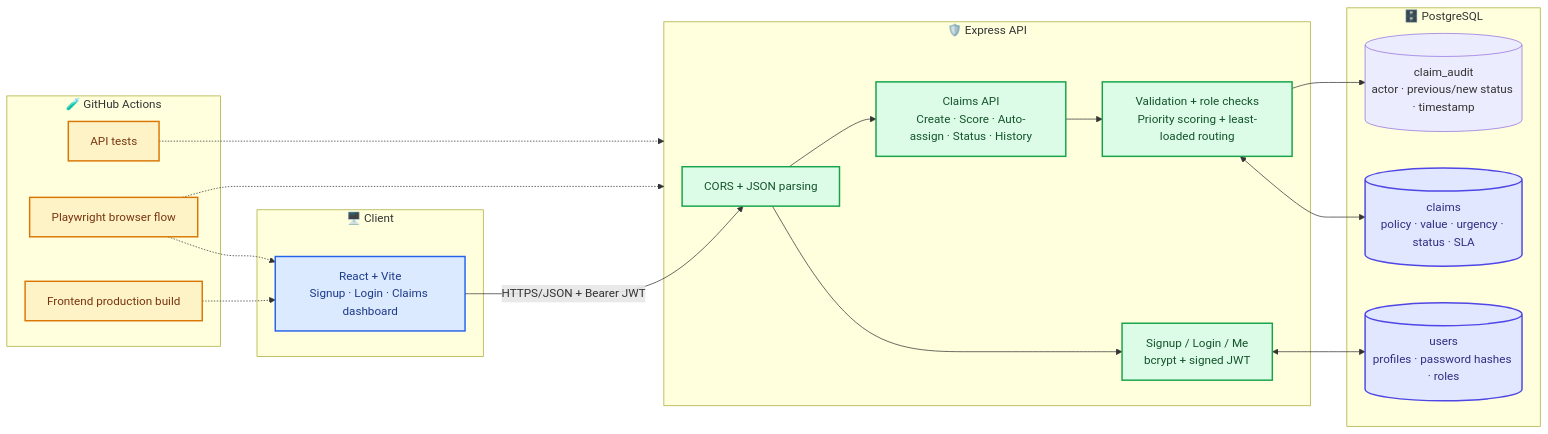
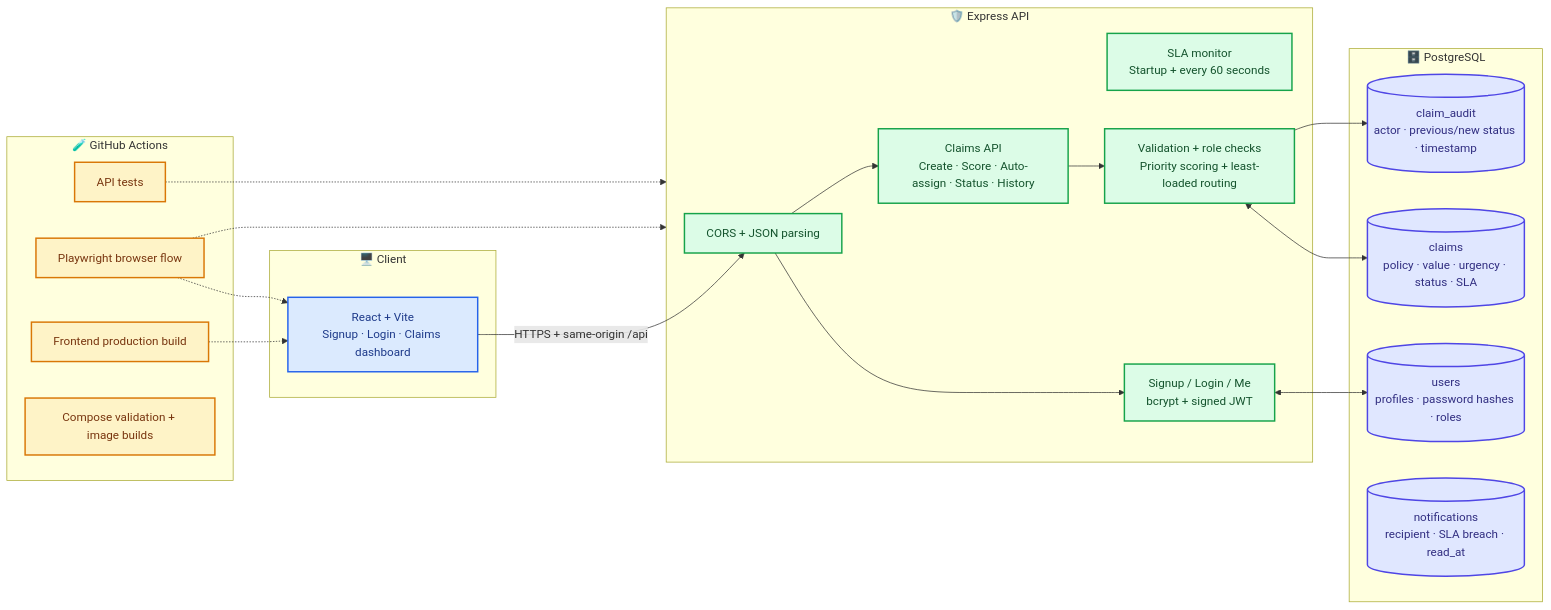
One commit to Neemasree/CLAIMSYNC changed the first of 2 diagrams in README.md. Above: the diagram before and after it, drawn with Mermaid. The commit also changed other lines of this file, not shown here.

Commit message:
docs: correct implemented SLA features and architecture

````diff
--- a/README.md
+++ b/README.md
@@ -85,46 +86,49 @@
 ```mermaid
 flowchart LR
   subgraph CLIENT["🖥️ Client"]
     UI["React + Vite<br/>Signup · Login · Claims dashboard"]
   end
 
   subgraph SERVER["🛡️ Express API"]
     CORS["CORS + JSON parsing"]
+    SLA["SLA monitor<br/>Startup + every 60 seconds"]
     AUTH["Signup / Login / Me<br/>bcrypt + signed JWT"]
     CLAIMS["Claims API<br/>Create · Score · Auto-assign · Status · History"]
     RULES["Validation + role checks<br/>Priority scoring + least-loaded routing"]
   end
 
   subgraph DATA["🗄️ PostgreSQL"]
     USERS[("users<br/>profiles · password hashes · roles")]
     CLAIMDB[("claims<br/>policy · value · urgency · status · SLA")]
     AUDIT[("claim_audit<br/>actor · previous/new status · timestamp")]
+    NOTIFY[("notifications<br/>recipient · SLA breach · read_at")]
   end
 
   subgraph QUALITY["🧪 GitHub Actions"]
     API_TEST["API tests"]
     E2E["Playwright browser flow"]
     BUILD["Frontend production build"]
+    DOCKER["Compose validation + image builds"]
   end
 
-  UI -->|"HTTPS/JSON + Bearer JWT"| CORS
+  UI -->|"HTTPS + same-origin /api"| CORS
   CORS --> AUTH
   CORS --> CLAIMS
   CLAIMS --> RULES
   AUTH <--> USERS
   RULES <--> CLAIMDB
   RULES --> AUDIT
   API_TEST -.-> SERVER
   E2E -.-> UI
   E2E -.-> SERVER
   BUILD -.-> UI
 
   classDef client fill:#DBEAFE,stroke:#2563EB,color:#1E3A8A,stroke-width:2px
   classDef api fill:#DCFCE7,stroke:#16A34A,color:#14532D,stroke-width:2px
   classDef data fill:#E0E7FF,stroke:#4F46E5,color:#312E81,stroke-width:2px
   classDef quality fill:#FEF3C7,stroke:#D97706,color:#78350F,stroke-width:2px
   class UI client
-  class CORS,AUTH,CLAIMS,RULES api
-  class USERS,CLAIMDB data
-  class API_TEST,E2E,BUILD quality
+  class CORS,AUTH,CLAIMS,RULES,SLA api
+  class USERS,CLAIMDB,AUDIT,NOTIFY data
+  class API_TEST,E2E,BUILD,DOCKER quality
 ```
````
